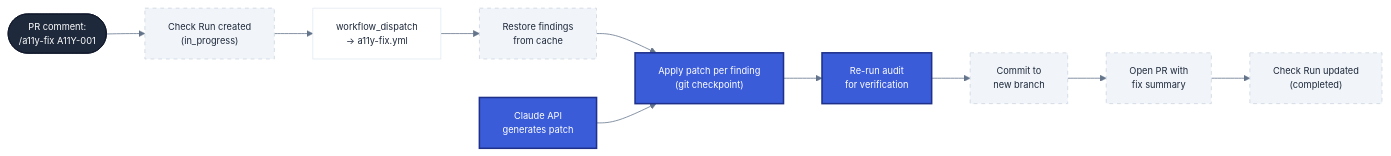
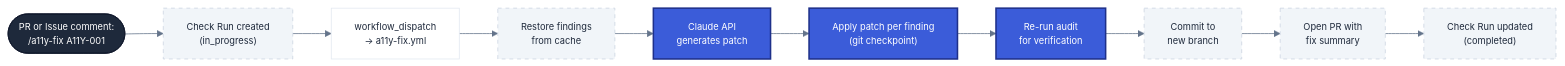
The third of 3 diagrams in docs/architecture.md (diegovelasquezweb/a11y-github-app), drawn with Mermaid before and after one commit. The commit also changed other lines of this file, not shown here.

Commit message:
docs: fix diagram labels and AI flow in architecture

````diff
--- a/docs/architecture.md
+++ b/docs/architecture.md
@@ -180,27 +180,26 @@
 ```mermaid
 %%{init: { 'theme': 'base', 'themeVariables': { 'primaryColor': '#3b5cd9', 'primaryTextColor': '#1e293b', 'primaryBorderColor': '#1e308a', 'lineColor': '#64748b', 'secondaryColor': '#f1f5f9', 'tertiaryColor': '#fff', 'mainBkg': '#fff', 'nodeBorder': '#e2e8f0', 'clusterBkg': '#f8fafc', 'clusterBorder': '#cbd5e1' } } }%%
 flowchart LR
-    CMD2(["PR comment:<br/>/a11y-fix A11Y-001"])
+    CMD2(["PR or Issue comment:<br/>/a11y-fix A11Y-001"])
     CR3["Check Run created<br/>(in_progress)"]
     WF2["workflow_dispatch<br/>→ a11y-fix.yml"]
     CACHE["Restore findings<br/>from cache"]
+    AI["Claude API<br/>generates patch"]
     APPLY["Apply patch per finding<br/>(git checkpoint)"]
-    AI["Claude API<br/>generates patch"]
     VERIFY["Re-run audit<br/>for verification"]
     BRANCH["Commit to<br/>new branch"]
     PR["Open PR with<br/>fix summary"]
     CR4["Check Run updated<br/>(completed)"]
 
-    CMD2 --> CR3 --> WF2 --> CACHE --> APPLY
-    AI --> APPLY
+    CMD2 --> CR3 --> WF2 --> CACHE --> AI --> APPLY
     APPLY --> VERIFY --> BRANCH --> PR --> CR4
 
     classDef default font-family:Inter,sans-serif,font-size:12px;
     classDef core fill:#3b5cd9,color:#fff,stroke:#1e308a,stroke-width:2px;
     classDef trigger fill:#1e293b,color:#fff,stroke:#0f172a;
     classDef storage fill:#f1f5f9,stroke:#cbd5e1,stroke-dasharray: 5 5;
 
     class APPLY,AI,VERIFY core;
     class CMD2 trigger;
     class CR3,CR4,CACHE,BRANCH,PR storage;
 ```
````
